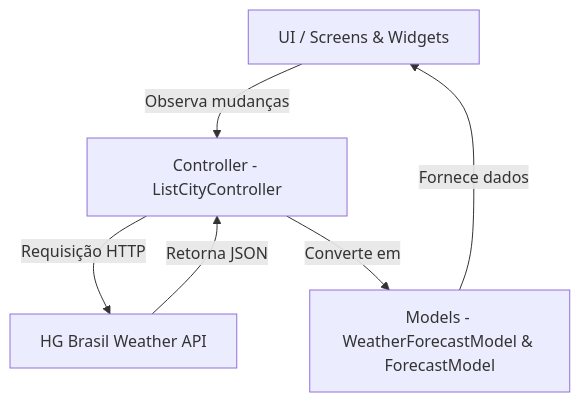
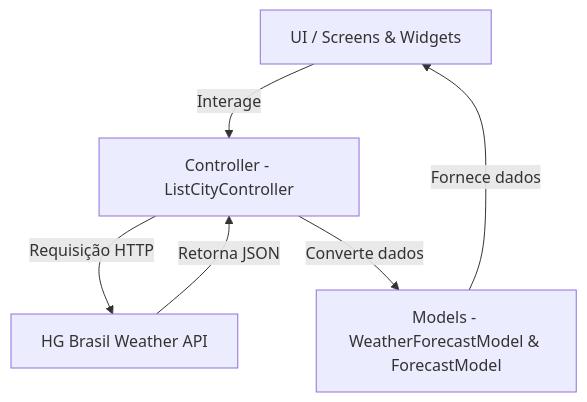
One commit to yagoliveira92/climapp_cc20262 changed the diagram in README.md. Above: the diagram before and after it, drawn with Mermaid. The commit also changed other lines of this file and 8 other files, not shown here.

````diff
--- a/README.md
+++ b/README.md
@@ -13,8 +39,8 @@
 ```mermaid
 graph TD
-    A[UI / Screens & Widgets] -->|Observa mudanças| B[Controller - ListCityController]
+    A[UI / Screens & Widgets] -->|Interage| B[Controller - ListCityController]
     B -->|Requisição HTTP| C[HG Brasil Weather API]
     C -->|Retorna JSON| B
-    B -->|Converte em| D[Models - WeatherForecastModel & ForecastModel]
+    B -->|Converte dados| D[Models - WeatherForecastModel & ForecastModel]
     D -->|Fornece dados| A
 ```
````
